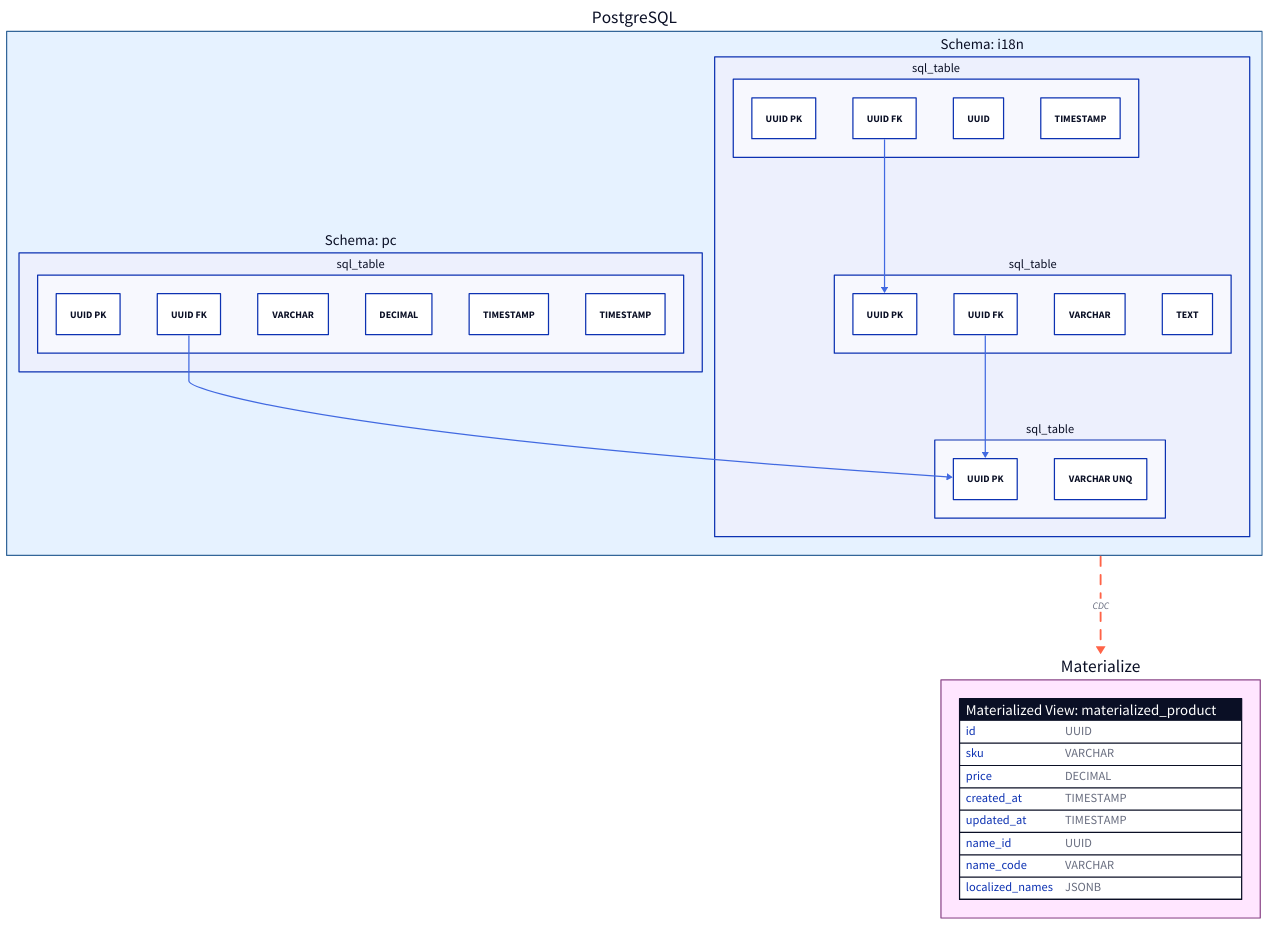
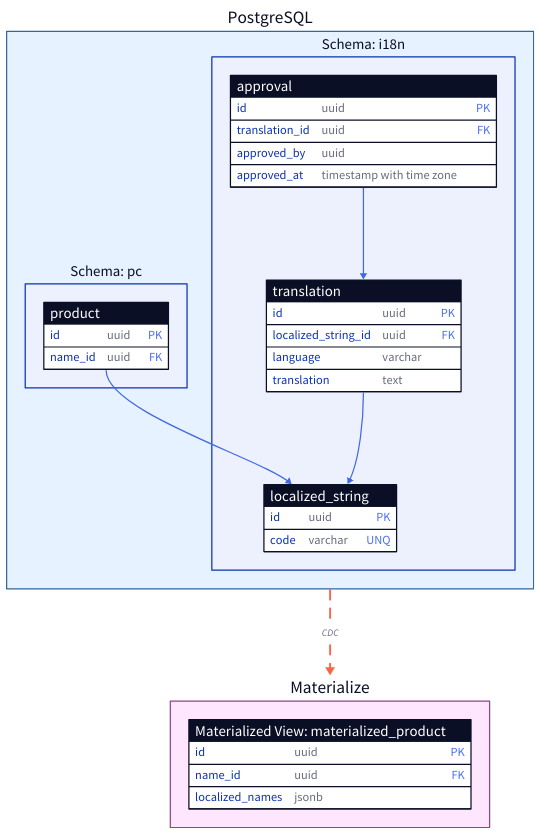
Before and after one commit to kevinmichaelchen/materialized-translations-poc: the diagram in architecture.d2, drawn with D2. The commit also changed 2 other files, not shown here.

```diff
--- a/architecture.d2
+++ b/architecture.d2
@@ -1,88 +1,83 @@
 PostgreSQL: {
   style: {
     stroke: "#336699"
     fill: "#E6F2FF"
   }
 
-  pc_schema: "Schema: pc" {
-    product: sql_table {
-      id: "UUID PK"
-      name_id: "UUID FK"
-      sku: "VARCHAR"
-      price: "DECIMAL"
-      created_at: "TIMESTAMP"
-      updated_at: "TIMESTAMP"
+  pc: "Schema: pc" {
+    product: {
+      shape: sql_table
+      id: uuid {constraint: primary_key}
+      name_id: uuid {constraint: foreign_key}
     }
   }
 
-  i18n_schema: "Schema: i18n" {
-    localized_string: sql_table {
-      id: "UUID PK"
-      code: "VARCHAR UNQ"
+  i18n: "Schema: i18n" {
+    localized_string: {
+      shape: sql_table
+      id: uuid {constraint: primary_key}
+      code: varchar {constraint: unique}
     }
 
-    translation: sql_table {
-      id: "UUID PK"
-      localized_string_id: "UUID FK"
-      language: "VARCHAR"
-      translation: "TEXT"
+    translation: {
+      shape: sql_table
+      id: uuid {constraint: primary_key}
+      localized_string_id: uuid {constraint: foreign_key}
+      language: varchar
+      translation: text
     }
 
-    approval: sql_table {
-      id: "UUID PK"
-      translation_id: "UUID FK"
-      approved_by: "UUID"
-      approved_at: "TIMESTAMP"
+    approval: {
+      shape: sql_table
+      id: uuid {constraint: primary_key}
+      translation_id: uuid {constraint: foreign_key}
+      approved_by: uuid
+      approved_at: timestamp with time zone
     }
   }
 }
 
 Materialize: {
   style: {
     stroke: "#8B4789"
     fill: "#FFE6FF"
   }
 
   materialized_product: "Materialized View: materialized_product" {
     shape: sql_table
-    id: "UUID"
-    sku: "VARCHAR"
-    price: "DECIMAL"
-    created_at: "TIMESTAMP"
-    updated_at: "TIMESTAMP"
-    name_id: "UUID"
-    name_code: "VARCHAR"
-    localized_names: "JSONB"
+    id: uuid {constraint: primary_key}
+    name_id: uuid {constraint: foreign_key}
+    localized_names: jsonb
   }
 }
 
 # Foreign Key Relationships
-PostgreSQL.pc_schema.product.name_id -> PostgreSQL.i18n_schema.localized_string.id: {
+PostgreSQL.pc.product.name_id -> PostgreSQL.i18n.localized_string.id: {
   style: {
     stroke: "#4169E1"
     stroke-width: 2
   }
 }
 
-PostgreSQL.i18n_schema.translation.localized_string_id -> PostgreSQL.i18n_schema.localized_string.id: {
+PostgreSQL.i18n.translation.localized_string_id -> PostgreSQL.i18n.localized_string.id: {
   style: {
     stroke: "#4169E1"
     stroke-width: 2
   }
 }
 
-PostgreSQL.i18n_schema.approval.translation_id -> PostgreSQL.i18n_schema.translation.id: {
+PostgreSQL.i18n.approval.translation_id -> PostgreSQL.i18n.translation.id: {
   style: {
     stroke: "#4169E1"
     stroke-width: 2
   }
 }
 
 # CDC Connection
 PostgreSQL -> Materialize: "CDC" {
   style: {
     stroke: "#FF6347"
     stroke-width: 3
     stroke-dash: 5
   }
 }
```
